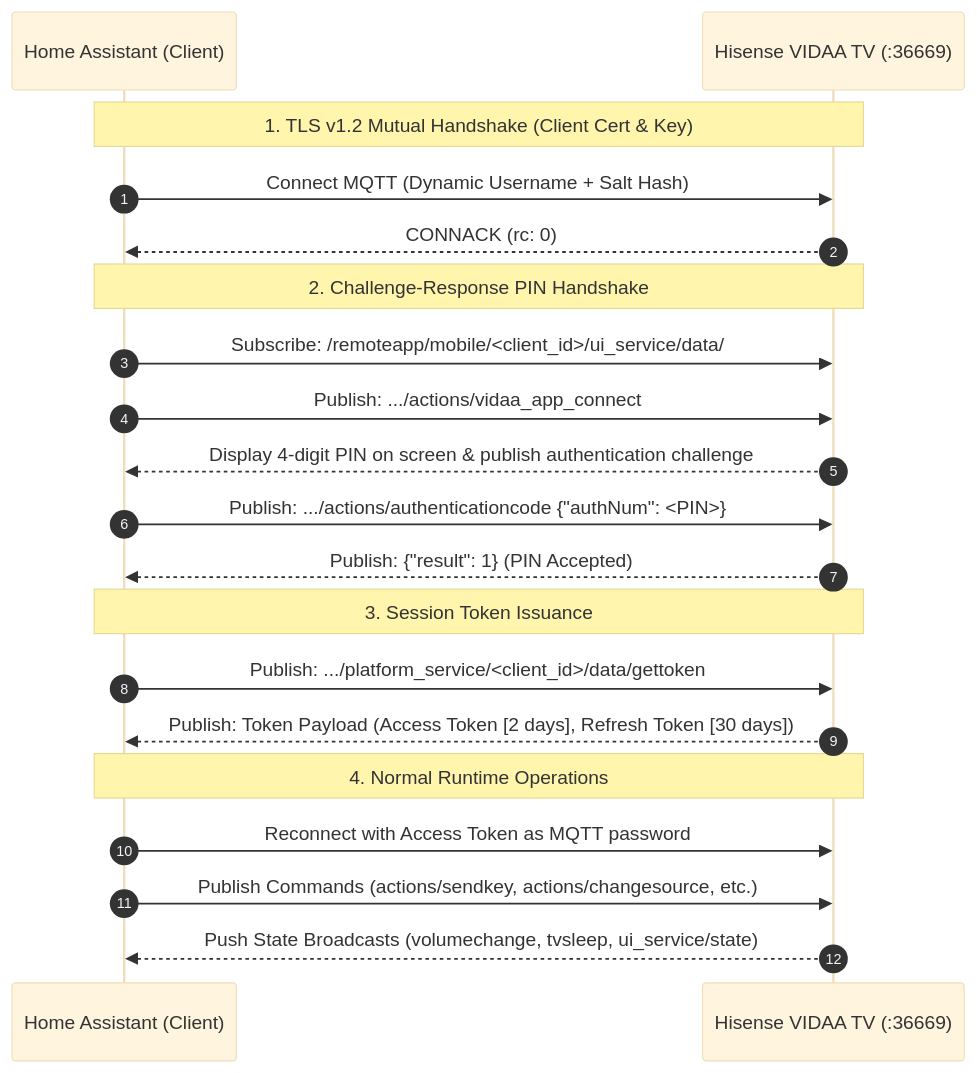
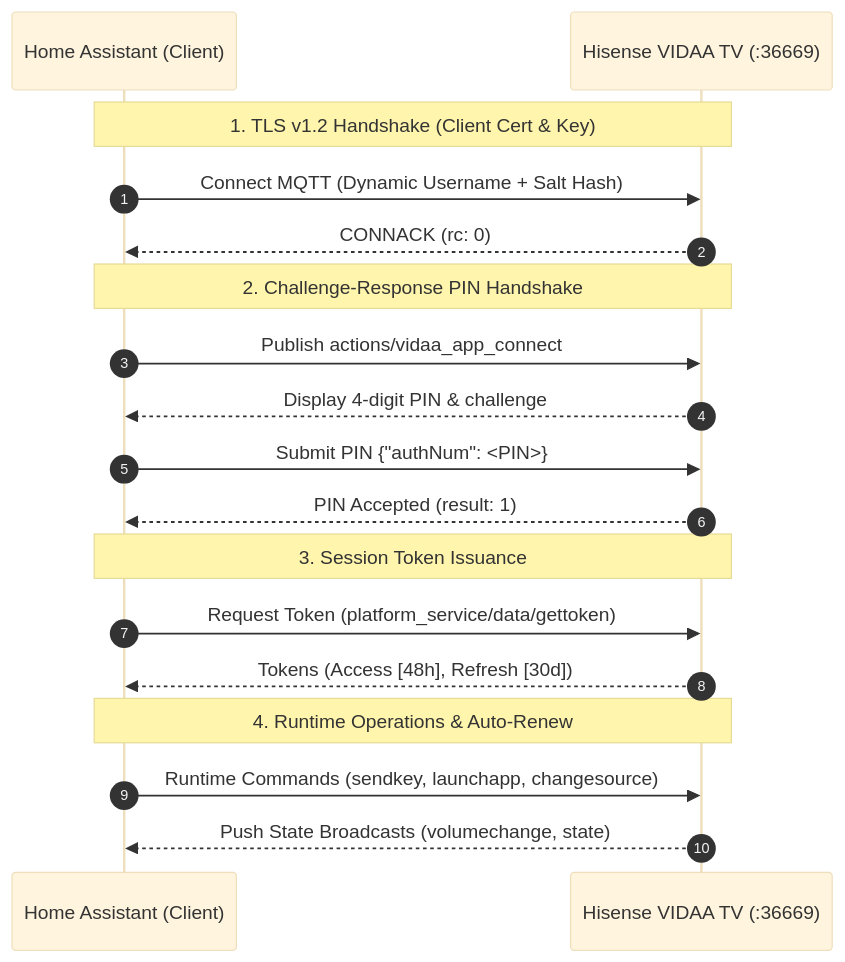
One commit to stevene1919/hisense_vidaa changed the diagram in README.md. Above: the diagram before and after it, drawn with Mermaid (base theme). The commit also changed other lines of this file and 3 other files, not shown here.

````diff
--- a/README.md
+++ b/README.md
@@ -173,26 +169,24 @@
 ```mermaid
 sequenceDiagram
     autonumber
     participant HA as Home Assistant (Client)
     participant TV as Hisense VIDAA TV (:36669)
     
-    Note over HA,TV: 1. TLS v1.2 Mutual Handshake (Client Cert & Key)
+    Note over HA,TV: 1. TLS v1.2 Handshake (Client Cert & Key)
     HA->>TV: Connect MQTT (Dynamic Username + Salt Hash)
     TV-->>HA: CONNACK (rc: 0)
     
     Note over HA,TV: 2. Challenge-Response PIN Handshake
-    HA->>TV: Subscribe: /remoteapp/mobile/<client_id>/ui_service/data/#
-    HA->>TV: Publish: .../actions/vidaa_app_connect
-    TV-->>HA: Display 4-digit PIN on screen & publish authentication challenge
-    HA->>TV: Publish: .../actions/authenticationcode {"authNum": <PIN>}
-    TV-->>HA: Publish: {"result": 1} (PIN Accepted)
+    HA->>TV: Publish actions/vidaa_app_connect
+    TV-->>HA: Display 4-digit PIN & challenge
+    HA->>TV: Submit PIN {"authNum": <PIN>}
+    TV-->>HA: PIN Accepted (result: 1)
     
     Note over HA,TV: 3. Session Token Issuance
-    HA->>TV: Publish: .../platform_service/<client_id>/data/gettoken
-    TV-->>HA: Publish: Token Payload (Access Token [2 days], Refresh Token [30 days])
+    HA->>TV: Request Token (platform_service/data/gettoken)
+    TV-->>HA: Tokens (Access [48h], Refresh [30d])
     
-    Note over HA,TV: 4. Normal Runtime Operations
-    HA->>TV: Reconnect with Access Token as MQTT password
-    HA->>TV: Publish Commands (actions/sendkey, actions/changesource, etc.)
-    TV-->>HA: Push State Broadcasts (volumechange, tvsleep, ui_service/state)
+    Note over HA,TV: 4. Runtime Operations & Auto-Renew
+    HA->>TV: Runtime Commands (sendkey, launchapp, changesource)
+    TV-->>HA: Push State Broadcasts (volumechange, state)
 ```
````
